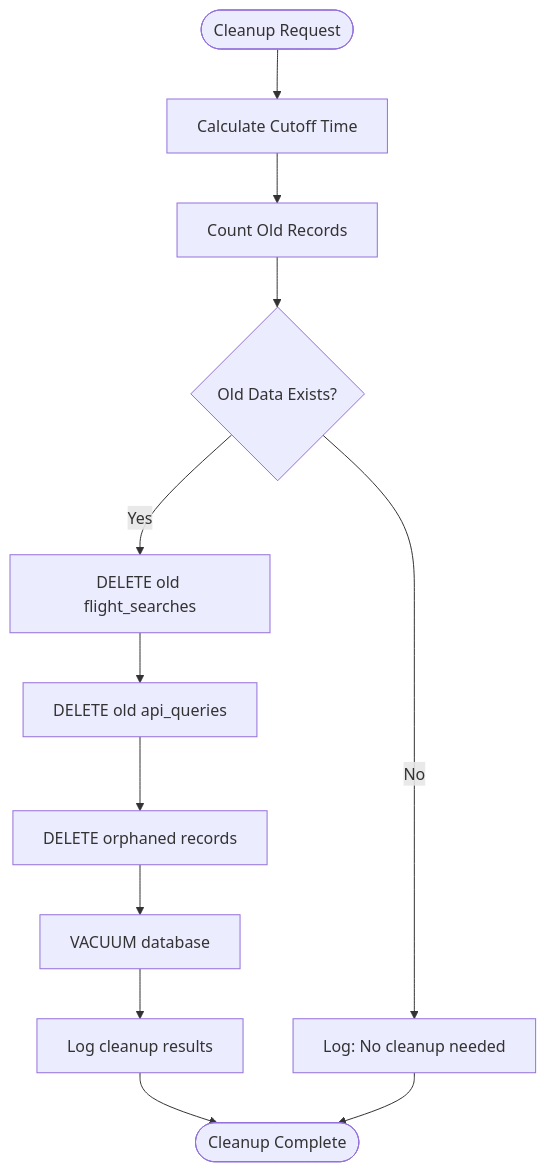
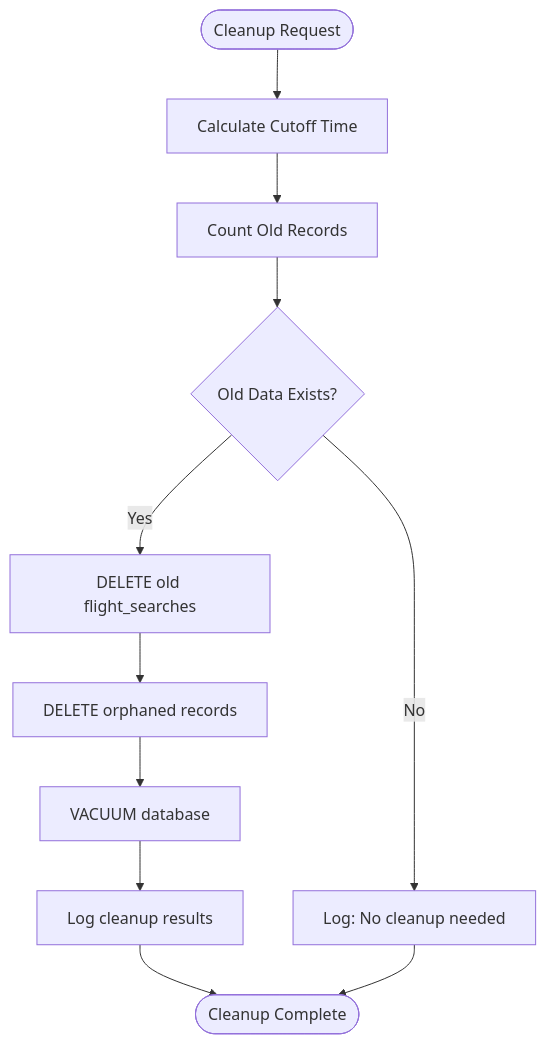
The sixth of 10 diagrams in MD/TECHNICAL_REFERENCE.md (samuelarosario/SerpAPI-GPT5), drawn with Mermaid before and after one commit. The commit also changed other lines of this file and 1 other file, not shown here.

Commit message:
docs: align cache queries with created_at and clarify raw pruning policy

````diff
--- a/MD/TECHNICAL_REFERENCE.md
+++ b/MD/TECHNICAL_REFERENCE.md
@@ -237,17 +243,16 @@
 ```mermaid
 flowchart TD
     Start([Cleanup Request]) --> CalcCutoff[Calculate Cutoff Time]
     CalcCutoff --> CountOld[Count Old Records]
     CountOld --> HasOldData{Old Data Exists?}
     
     HasOldData -->|No| LogNoCleanup[Log: No cleanup needed]
     HasOldData -->|Yes| DeleteOldSearches[DELETE old flight_searches]
     
-    DeleteOldSearches --> DeleteOldQueries[DELETE old api_queries]
-    DeleteOldQueries --> DeleteOrphaned[DELETE orphaned records]
+    DeleteOldSearches --> DeleteOrphaned[DELETE orphaned records]
     DeleteOrphaned --> VacuumDB[VACUUM database]
     
     VacuumDB --> LogCleanup[Log cleanup results]
     LogCleanup --> End([Cleanup Complete])
     LogNoCleanup --> End
 ```
````
